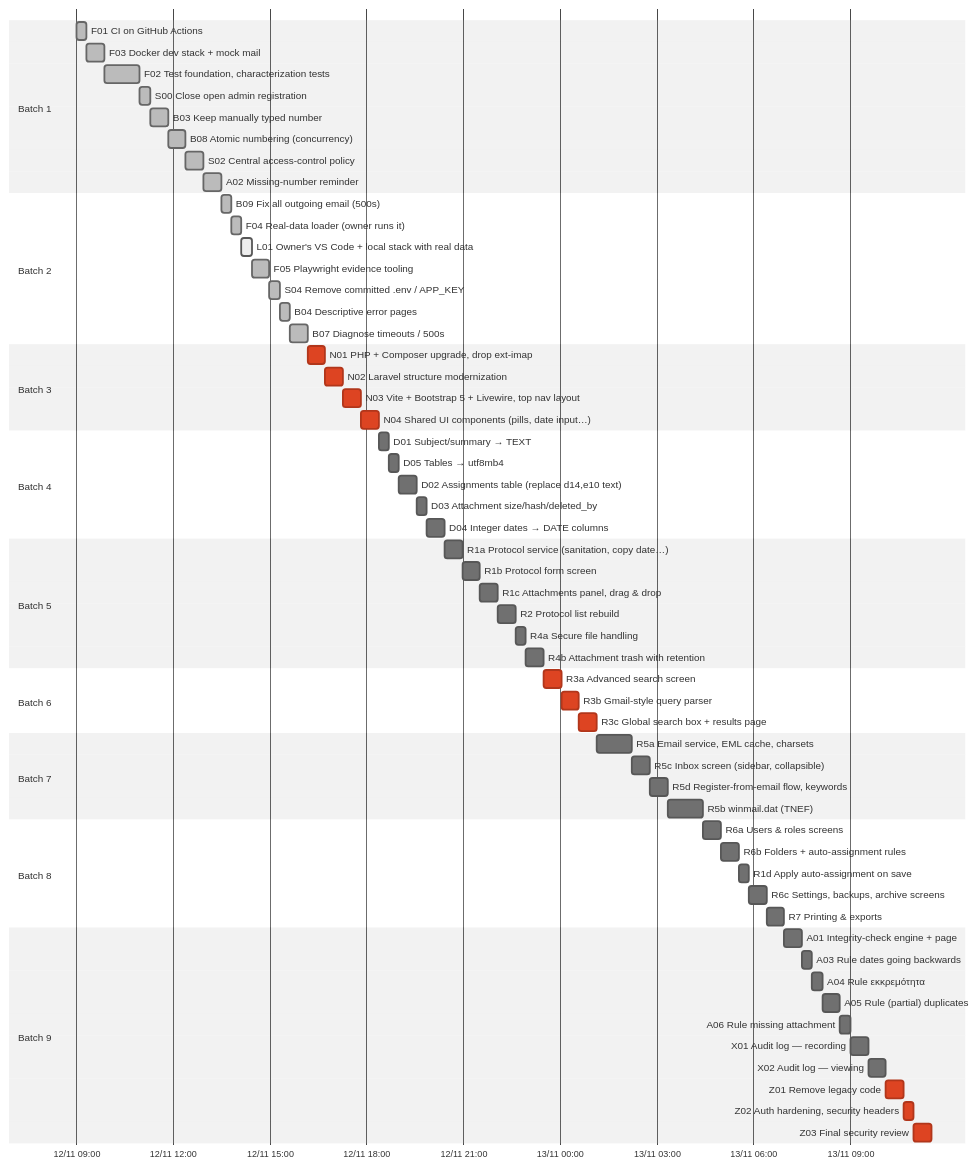
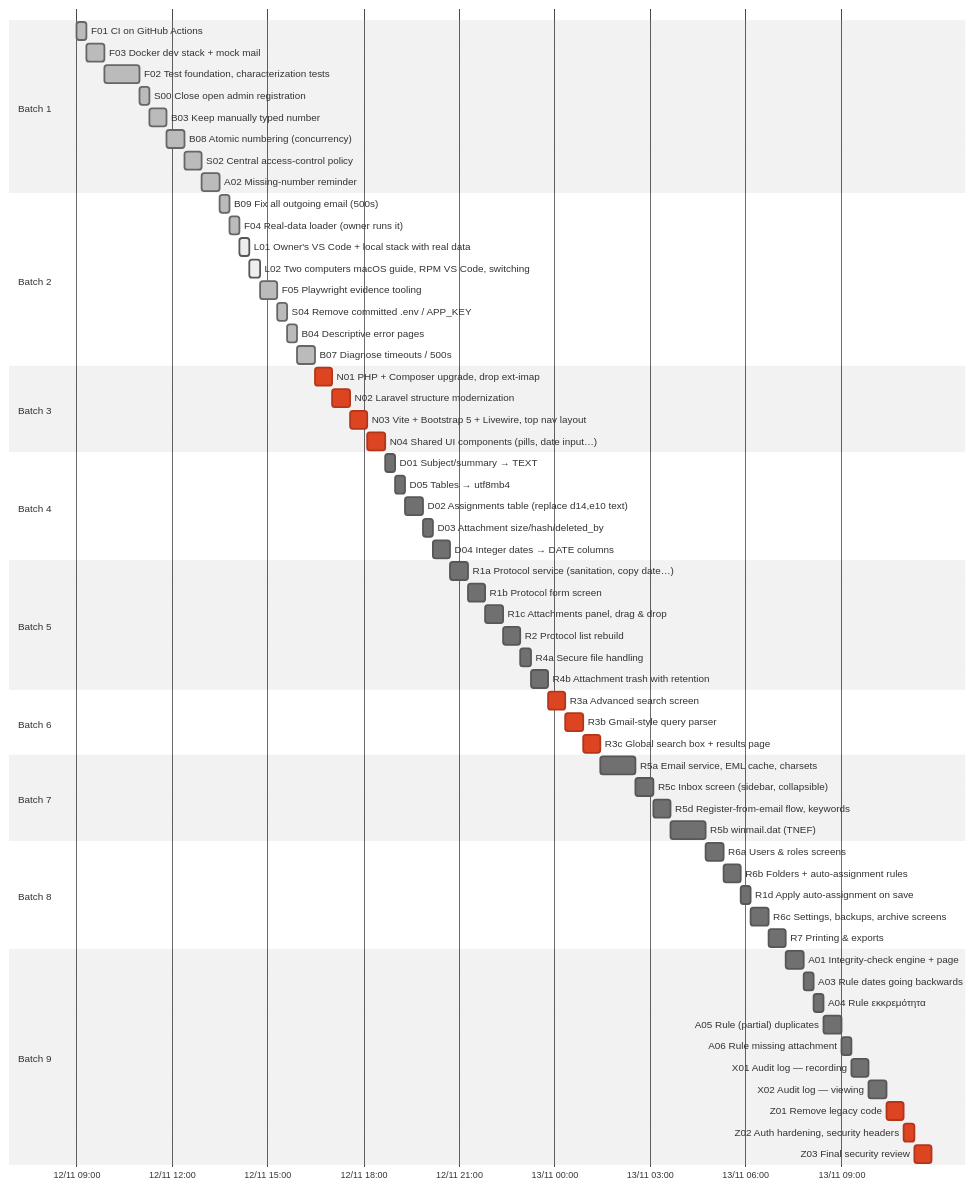
The second of 2 diagrams in docs/plan/PROGRESS.md (dipelaserasmus-del/electronic_protocol), drawn with Mermaid (neutral theme) before and after one commit. The commit also changed other lines of this file and 15 other files, not shown here.

First line of the commit message:
L02: Mac guide, RPM VS Code on Fedora, switching computers; Batch 2 report

````diff
--- a/docs/plan/PROGRESS.md
+++ b/docs/plan/PROGRESS.md
@@ -195,67 +197,68 @@
 ```mermaid
 gantt
   dateFormat YYYY-MM-DD HH:mm
   axisFormat %d/%m %H:%M
   todayMarker off
   section Batch 1
   F01 CI on GitHub Actions :done, f01, 2026-11-12 09:00, 19m
   F03 Docker dev stack + mock mail :done, f03, 2026-11-12 09:19, 33m
   F02 Test foundation, characterization tests :done, f02, 2026-11-12 09:52, 66m
   S00 Close open admin registration :done, s00, 2026-11-12 10:58, 19m
   B03 Keep manually typed number :done, b03, 2026-11-12 11:17, 33m
   B08 Atomic numbering (concurrency) :done, b08, 2026-11-12 11:50, 33m
   S02 Central access-control policy :done, s02, 2026-11-12 12:23, 33m
   A02 Missing-number reminder :done, a02, 2026-11-12 12:56, 33m
   section Batch 2
   B09 Fix all outgoing email (500s) :done, b09, 2026-11-12 13:29, 19m
   F04 Real-data loader (owner runs it) :done, f04, 2026-11-12 13:48, 19m
   L01 Owner's VS Code + local stack with real data :active, l01, 2026-11-12 14:07, 19m
-  F05 Playwright evidence tooling :done, f05, 2026-11-12 14:26, 33m
-  S04 Remove committed .env / APP_KEY :done, s04, 2026-11-12 14:59, 19m
-  B04 Descriptive error pages :done, b04, 2026-11-12 15:18, 19m
-  B07 Diagnose timeouts / 500s :done, b07, 2026-11-12 15:37, 33m
+  L02 Two computers  macOS guide, RPM VS Code, switching :active, l02, 2026-11-12 14:26, 19m
+  F05 Playwright evidence tooling :done, f05, 2026-11-12 14:45, 33m
+  S04 Remove committed .env / APP_KEY :done, s04, 2026-11-12 15:18, 19m
+  B04 Descriptive error pages :done, b04, 2026-11-12 15:37, 19m
+  B07 Diagnose timeouts / 500s :done, b07, 2026-11-12 15:56, 33m
   section Batch 3
-  N01 PHP + Composer upgrade, drop ext-imap :crit, n01, 2026-11-12 16:10, 33m
-  N02 Laravel structure modernization :crit, n02, 2026-11-12 16:43, 33m
-  N03 Vite + Bootstrap 5 + Livewire, top nav layout :crit, n03, 2026-11-12 17:16, 33m
-  N04 Shared UI components (pills, date input…) :crit, n04, 2026-11-12 17:49, 33m
+  N01 PHP + Composer upgrade, drop ext-imap :crit, n01, 2026-11-12 16:29, 33m
+  N02 Laravel structure modernization :crit, n02, 2026-11-12 17:02, 33m
+  N03 Vite + Bootstrap 5 + Livewire, top nav layout :crit, n03, 2026-11-12 17:35, 33m
+  N04 Shared UI components (pills, date input…) :crit, n04, 2026-11-12 18:08, 33m
   section Batch 4
-  D01 Subject/summary → TEXT :d01, 2026-11-12 18:22, 19m
-  D05 Tables → utf8mb4 :d05, 2026-11-12 18:41, 19m
-  D02 Assignments table (replace d14,e10 text) :d02, 2026-11-12 19:00, 33m
-  D03 Attachment size/hash/deleted_by :d03, 2026-11-12 19:33, 19m
-  D04 Integer dates → DATE columns :d04, 2026-11-12 19:52, 33m
+  D01 Subject/summary → TEXT :d01, 2026-11-12 18:41, 19m
+  D05 Tables → utf8mb4 :d05, 2026-11-12 19:00, 19m
+  D02 Assignments table (replace d14,e10 text) :d02, 2026-11-12 19:19, 33m
+  D03 Attachment size/hash/deleted_by :d03, 2026-11-12 19:52, 19m
+  D04 Integer dates → DATE columns :d04, 2026-11-12 20:11, 33m
   section Batch 5
-  R1a Protocol service (sanitation, copy date…) :r1a, 2026-11-12 20:25, 33m
-  R1b Protocol form screen :r1b, 2026-11-12 20:58, 33m
-  R1c Attachments panel, drag & drop :r1c, 2026-11-12 21:31, 33m
-  R2 Protocol list rebuild :r2, 2026-11-12 22:04, 33m
-  R4a Secure file handling :r4a, 2026-11-12 22:37, 19m
-  R4b Attachment trash with retention :r4b, 2026-11-12 22:56, 33m
+  R1a Protocol service (sanitation, copy date…) :r1a, 2026-11-12 20:44, 33m
+  R1b Protocol form screen :r1b, 2026-11-12 21:17, 33m
+  R1c Attachments panel, drag & drop :r1c, 2026-11-12 21:50, 33m
+  R2 Protocol list rebuild :r2, 2026-11-12 22:23, 33m
+  R4a Secure file handling :r4a, 2026-11-12 22:56, 19m
+  R4b Attachment trash with retention :r4b, 2026-11-12 23:15, 33m
   section Batch 6
-  R3a Advanced search screen :crit, r3a, 2026-11-12 23:29, 33m
-  R3b Gmail-style query parser :crit, r3b, 2026-11-13 00:02, 33m
-  R3c Global search box + results page :crit, r3c, 2026-11-13 00:35, 33m
+  R3a Advanced search screen :crit, r3a, 2026-11-12 23:48, 33m
+  R3b Gmail-style query parser :crit, r3b, 2026-11-13 00:21, 33m
+  R3c Global search box + results page :crit, r3c, 2026-11-13 00:54, 33m
   section Batch 7
-  R5a Email service, EML cache, charsets :r5a, 2026-11-13 01:08, 66m
-  R5c Inbox screen (sidebar, collapsible) :r5c, 2026-11-13 02:14, 33m
-  R5d Register-from-email flow, keywords :r5d, 2026-11-13 02:47, 33m
-  R5b winmail.dat (TNEF) :r5b, 2026-11-13 03:20, 66m
+  R5a Email service, EML cache, charsets :r5a, 2026-11-13 01:27, 66m
+  R5c Inbox screen (sidebar, collapsible) :r5c, 2026-11-13 02:33, 33m
+  R5d Register-from-email flow, keywords :r5d, 2026-11-13 03:06, 33m
+  R5b winmail.dat (TNEF) :r5b, 2026-11-13 03:39, 66m
   section Batch 8
-  R6a Users & roles screens :r6a, 2026-11-13 04:26, 33m
-  R6b Folders + auto-assignment rules :r6b, 2026-11-13 04:59, 33m
-  R1d Apply auto-assignment on save :r1d, 2026-11-13 05:32, 19m
-  R6c Settings, backups, archive screens :r6c, 2026-11-13 05:51, 33m
-  R7 Printing & exports :r7, 2026-11-13 06:24, 33m
+  R6a Users & roles screens :r6a, 2026-11-13 04:45, 33m
+  R6b Folders + auto-assignment rules :r6b, 2026-11-13 05:18, 33m
+  R1d Apply auto-assignment on save :r1d, 2026-11-13 05:51, 19m
+  R6c Settings, backups, archive screens :r6c, 2026-11-13 06:10, 33m
+  R7 Printing & exports :r7, 2026-11-13 06:43, 33m
   section Batch 9
-  A01 Integrity-check engine + page :a01, 2026-11-13 06:57, 33m
-  A03 Rule  dates going backwards :a03, 2026-11-13 07:30, 19m
-  A04 Rule  εκκρεμότητα :a04, 2026-11-13 07:49, 19m
-  A05 Rule  (partial) duplicates :a05, 2026-11-13 08:08, 33m
-  A06 Rule  missing attachment :a06, 2026-11-13 08:41, 19m
-  X01 Audit log — recording :x01, 2026-11-13 09:00, 33m
-  X02 Audit log — viewing :x02, 2026-11-13 09:33, 33m
-  Z01 Remove legacy code :crit, z01, 2026-11-13 10:06, 33m
-  Z02 Auth hardening, security headers :crit, z02, 2026-11-13 10:39, 19m
-  Z03 Final security review :crit, z03, 2026-11-13 10:58, 33m
+  A01 Integrity-check engine + page :a01, 2026-11-13 07:16, 33m
+  A03 Rule  dates going backwards :a03, 2026-11-13 07:49, 19m
+  A04 Rule  εκκρεμότητα :a04, 2026-11-13 08:08, 19m
+  A05 Rule  (partial) duplicates :a05, 2026-11-13 08:27, 33m
+  A06 Rule  missing attachment :a06, 2026-11-13 09:00, 19m
+  X01 Audit log — recording :x01, 2026-11-13 09:19, 33m
+  X02 Audit log — viewing :x02, 2026-11-13 09:52, 33m
+  Z01 Remove legacy code :crit, z01, 2026-11-13 10:25, 33m
+  Z02 Auth hardening, security headers :crit, z02, 2026-11-13 10:58, 19m
+  Z03 Final security review :crit, z03, 2026-11-13 11:17, 33m
 ```
````
